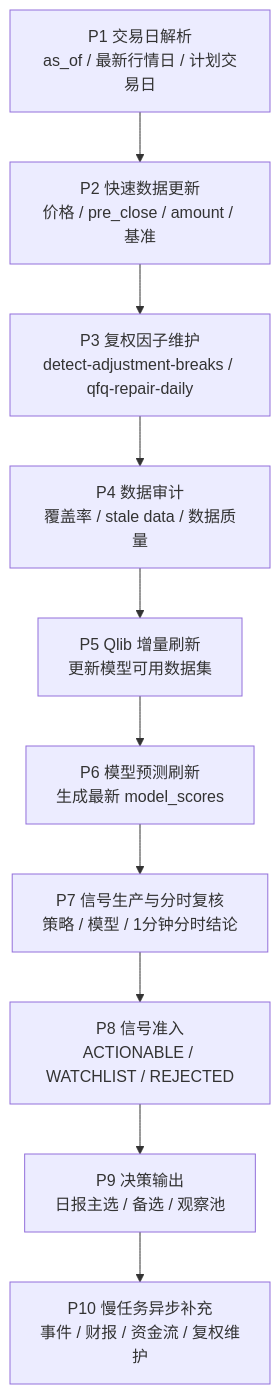
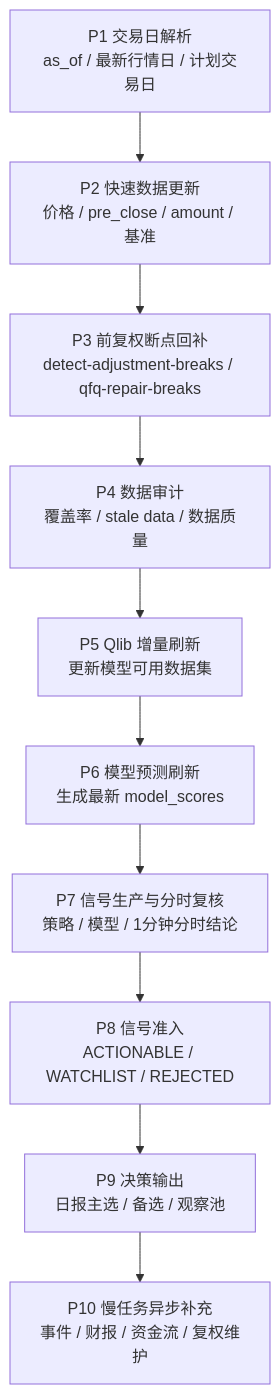
Before and after one commit to DiracLuo/diracboo: the second of 3 diagrams in docs/PRODUCT_ARCHITECTURE.md, drawn with Mermaid. The commit also changed 10 other files, not shown here.

Commit message:
fix: repair qfq breaks via baostock

````diff
--- a/docs/PRODUCT_ARCHITECTURE.md
+++ b/docs/PRODUCT_ARCHITECTURE.md
@@ -181,12 +181,12 @@
 ```mermaid
 flowchart TD
     A["P1 交易日解析<br/>as_of / 最新行情日 / 计划交易日"] --> B["P2 快速数据更新<br/>价格 / pre_close / amount / 基准"]
-    B --> C["P3 复权因子维护<br/>detect-adjustment-breaks / qfq-repair-daily"]
+    B --> C["P3 前复权断点回补<br/>detect-adjustment-breaks / qfq-repair-breaks"]
     C --> D["P4 数据审计<br/>覆盖率 / stale data / 数据质量"]
     D --> E["P5 Qlib 增量刷新<br/>更新模型可用数据集"]
     E --> F["P6 模型预测刷新<br/>生成最新 model_scores"]
     F --> G["P7 信号生产与分时复核<br/>策略 / 模型 / 1分钟分时结论"]
     G --> H["P8 信号准入<br/>ACTIONABLE / WATCHLIST / REJECTED"]
     H --> I["P9 决策输出<br/>日报主选 / 备选 / 观察池"]
     I --> J["P10 慢任务异步补充<br/>事件 / 财报 / 资金流 / 复权维护"]
 ```
````
